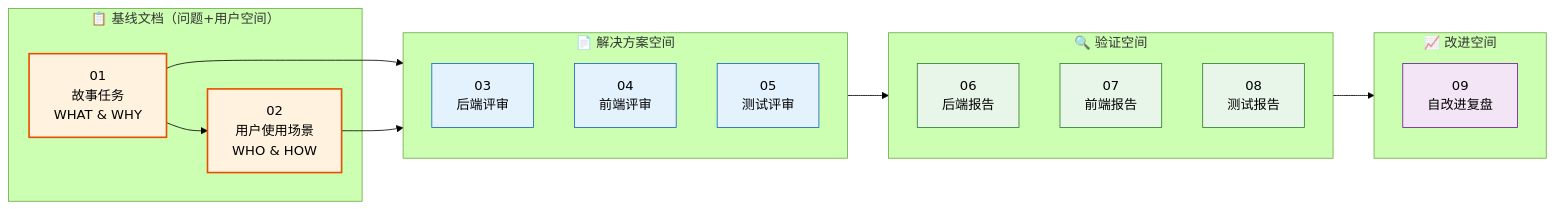
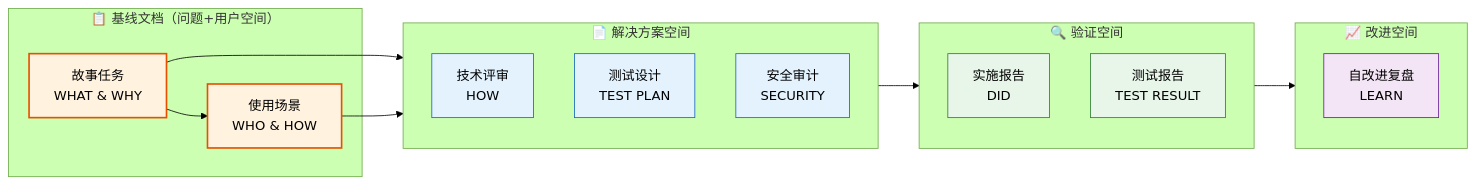
Before and after one commit to effiy/YrY: the fourth of 14 diagrams in skills/rui/formulas.md, drawn with Mermaid (forest theme). The commit also changed other lines of this file and 90 other files, not shown here.

````diff
--- a/skills/rui/formulas.md
+++ b/skills/rui/formulas.md
@@ -164,28 +165,27 @@
 ```mermaid
 flowchart LR
     subgraph 基线["📋 基线文档（问题+用户空间）"]
-        F01["01<br/>故事任务<br/>WHAT & WHY"]:::baseline
-        F02["02<br/>用户使用场景<br/>WHO & HOW"]:::baseline
+        F01["故事任务<br/>WHAT & WHY"]:::baseline
+        F02["使用场景<br/>WHO & HOW"]:::baseline
     end
     subgraph 方案["📄 解决方案空间"]
-        F03["03<br/>后端评审"]:::p1
-        F04["04<br/>前端评审"]:::p1
-        F05["05<br/>测试评审"]:::p1
+        F03["技术评审<br/>HOW"]:::p1
+        F04["测试设计<br/>TEST PLAN"]:::p1
+        F05["安全审计<br/>SECURITY"]:::p1
     end
     subgraph 验证["🔍 验证空间"]
-        F06["06<br/>后端报告"]:::p2
-        F07["07<br/>前端报告"]:::p2
-        F08["08<br/>测试报告"]:::p2
+        F06["实施报告<br/>DID"]:::p2
+        F07["测试报告<br/>TEST RESULT"]:::p2
     end
     subgraph 改进["📈 改进空间"]
-        F09["09<br/>自改进复盘"]:::p3
+        F08["自改进复盘<br/>LEARN"]:::p3
     end
     F01 --> F02
     F01 & F02 --> 方案
     方案 --> 验证 --> 改进
 
     classDef baseline fill:#fff3e0,stroke:#e65100,stroke-width:2px;
     classDef p1 fill:#e3f2fd,stroke:#1565c0;
     classDef p2 fill:#e8f5e9,stroke:#2e7d32;
     classDef p3 fill:#f3e5f5,stroke:#6a1b9a;
 ```
````
